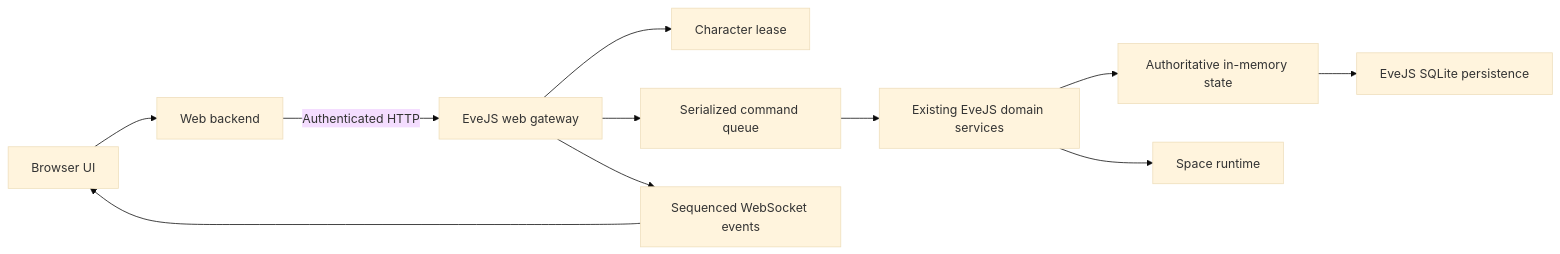
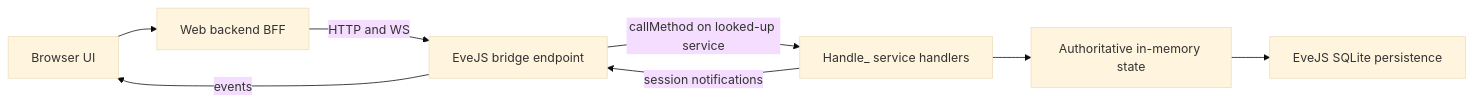
One commit to Tokeiito/evejs-web-companion changed the diagram in docs/web-client-scope-and-roadmap.md. Above: the diagram before and after it, drawn with Mermaid (base theme). The commit also changed other lines of this file and 3 other files, not shown here.

First line of the commit message:
docs: overhaul to retail-call client architecture

````diff
--- a/docs/web-client-scope-and-roadmap.md
+++ b/docs/web-client-scope-and-roadmap.md
@@ -150,13 +48,10 @@
 ```mermaid
 flowchart LR
-    Browser[Browser UI] --> BFF[Web backend]
-    BFF -->|Authenticated HTTP| Gateway[EveJS web gateway]
-    Gateway --> Lease[Character lease]
-    Gateway --> Commands[Serialized command queue]
-    Commands --> Services[Existing EveJS domain services]
-    Services --> Memory[Authoritative in-memory state]
-    Services --> Space[Space runtime]
+    Browser[Browser UI] --> BFF[Web backend BFF]
+    BFF -->|HTTP and WS| Bridge[EveJS bridge endpoint]
+    Bridge -->|callMethod on looked-up service| Handlers[Handle_ service handlers]
+    Handlers --> Memory[Authoritative in-memory state]
     Memory --> Persistence[EveJS SQLite persistence]
-    Gateway --> Events[Sequenced WebSocket events]
-    Events --> Browser
+    Handlers -->|session notifications| Bridge
+    Bridge -->|events| Browser
 ```
````
